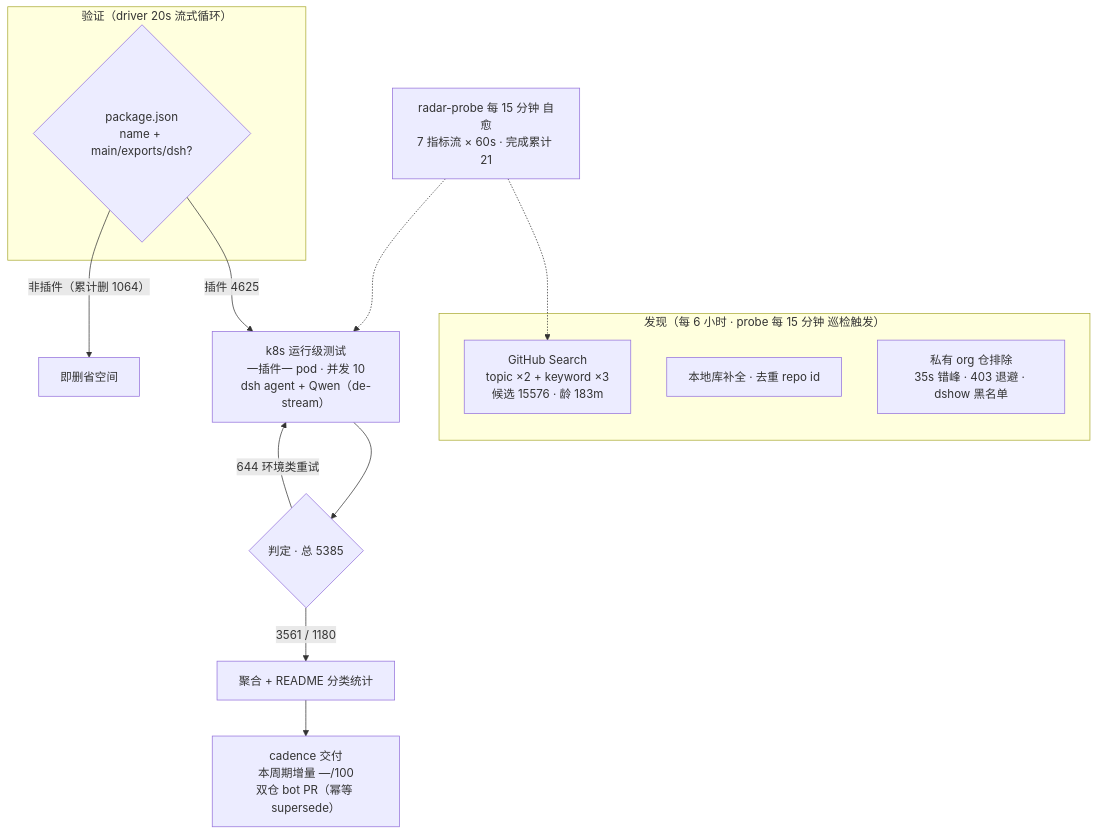
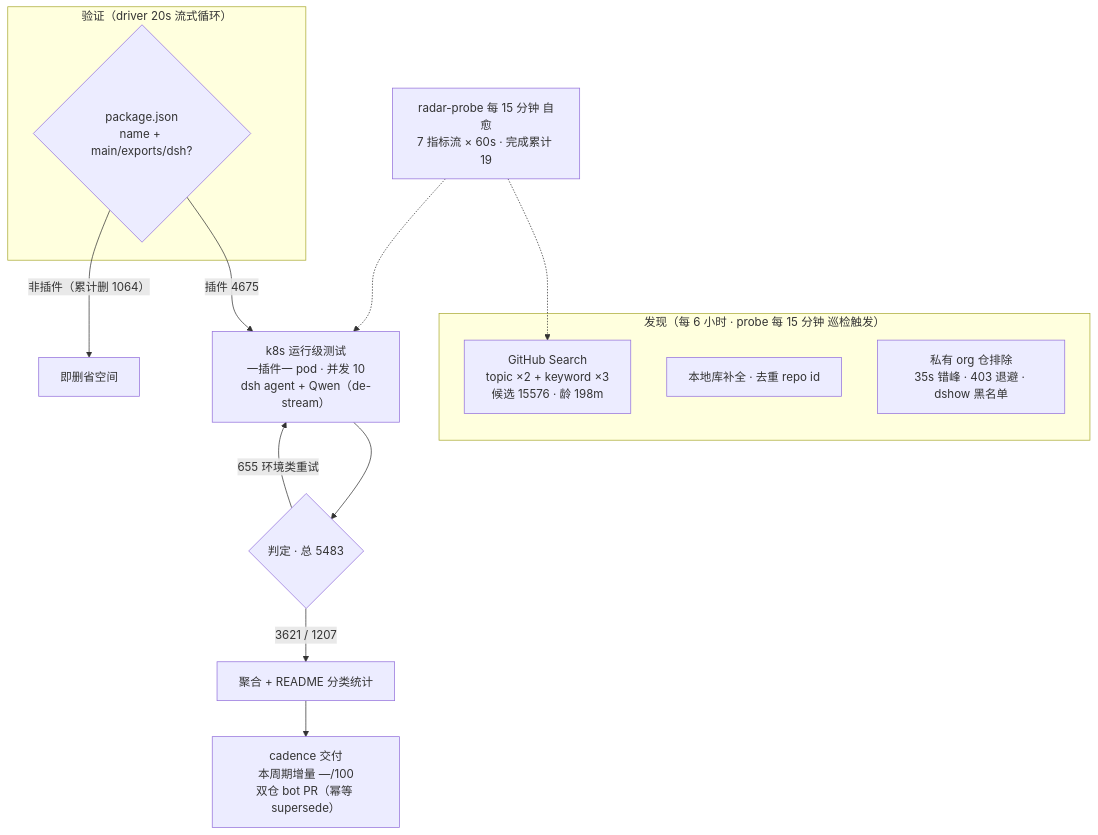
Before and after one commit to Zhidao-Lab-OSS/awesome-dsh-plugins: the diagram in README.md, drawn with Mermaid. The commit also changed other lines of this file and 1 other file, not shown here.

````diff
--- a/README.md
+++ b/README.md
@@ -37,20 +37,20 @@
 ```mermaid
 flowchart TB
     subgraph Discovery["发现（每 6 小时 · probe 每 15 分钟 巡检触发）"]
-        A1["GitHub Search<br/>topic ×2 + keyword ×3<br/>候选 15576 · 龄 183m"]
+        A1["GitHub Search<br/>topic ×2 + keyword ×3<br/>候选 15576 · 龄 198m"]
         A2["本地库补全 · 去重 repo id"]
         A3["私有 org 仓排除<br/>35s 错峰 · 403 退避 · dshow 黑名单"]
     end
     subgraph Validation["验证（driver 20s 流式循环）"]
         B1{"package.json<br/>name + main/exports/dsh?"}
     end
-    B1 -->|"插件 4625"| C1["k8s 运行级测试<br/>一插件一 pod · 并发 10<br/>dsh agent + Qwen（de-stream）"]
+    B1 -->|"插件 4675"| C1["k8s 运行级测试<br/>一插件一 pod · 并发 10<br/>dsh agent + Qwen（de-stream）"]
     B1 -->|"非插件（累计删 1064）"| B3["即删省空间"]
-    C1 --> D1{"判定 · 总 5385"}
-    D1 -->|"3561 / 1180"| E1["聚合 + README 分类统计"]
-    D1 -->|"644 环境类重试"| C1
+    C1 --> D1{"判定 · 总 5483"}
+    D1 -->|"3621 / 1207"| E1["聚合 + README 分类统计"]
+    D1 -->|"655 环境类重试"| C1
     E1 --> E2["cadence 交付<br/>本周期增量 —/100<br/>双仓 bot PR（幂等 supersede）"]
-    M["radar-probe 每 15 分钟 自愈<br/>7 指标流 × 60s · 完成累计 21"]
+    M["radar-probe 每 15 分钟 自愈<br/>7 指标流 × 60s · 完成累计 19"]
     M -.-> A1
     M -.-> C1
 ```
````
